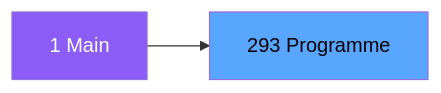
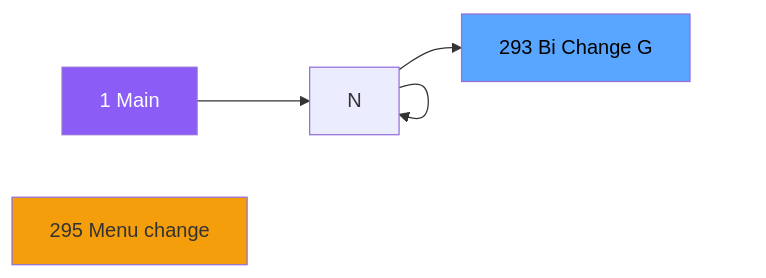
Before and after one commit to thonyAGP/magic-migration: the second of 3 diagrams in .openspec/specs/ADH-IDE-293.md, drawn with Mermaid. The commit also changed other lines of this file and 323 other files, not shown here.

````diff
--- a/.openspec/specs/ADH-IDE-293.md
+++ b/.openspec/specs/ADH-IDE-293.md
@@ -113,8 +128,13 @@
 ```mermaid
 graph LR
     M[1 Main]
-    T[293 Programme]
-    M --> T
+    N295[295 Menu change ]
+    T[293 Bi  Change G]
+    M --> N
+    N --> N
+    N --> N
+    N --> T
     style M fill:#8b5cf6,color:#fff
+    style N295 fill:#f59e0b
     style T fill:#58a6ff,color:#000
 ```
````
